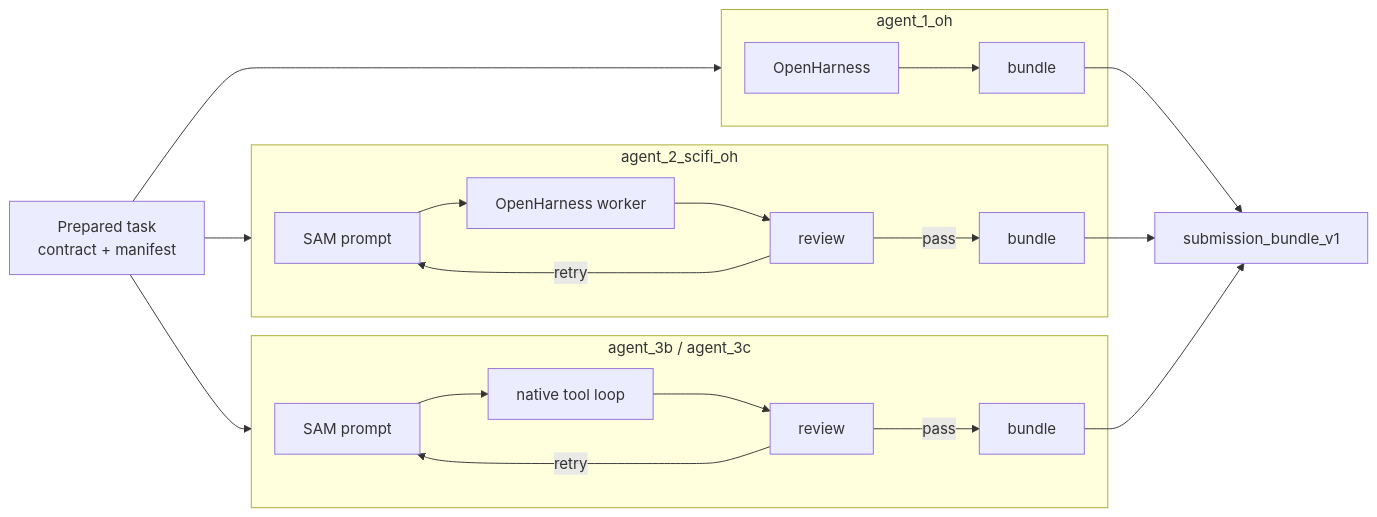
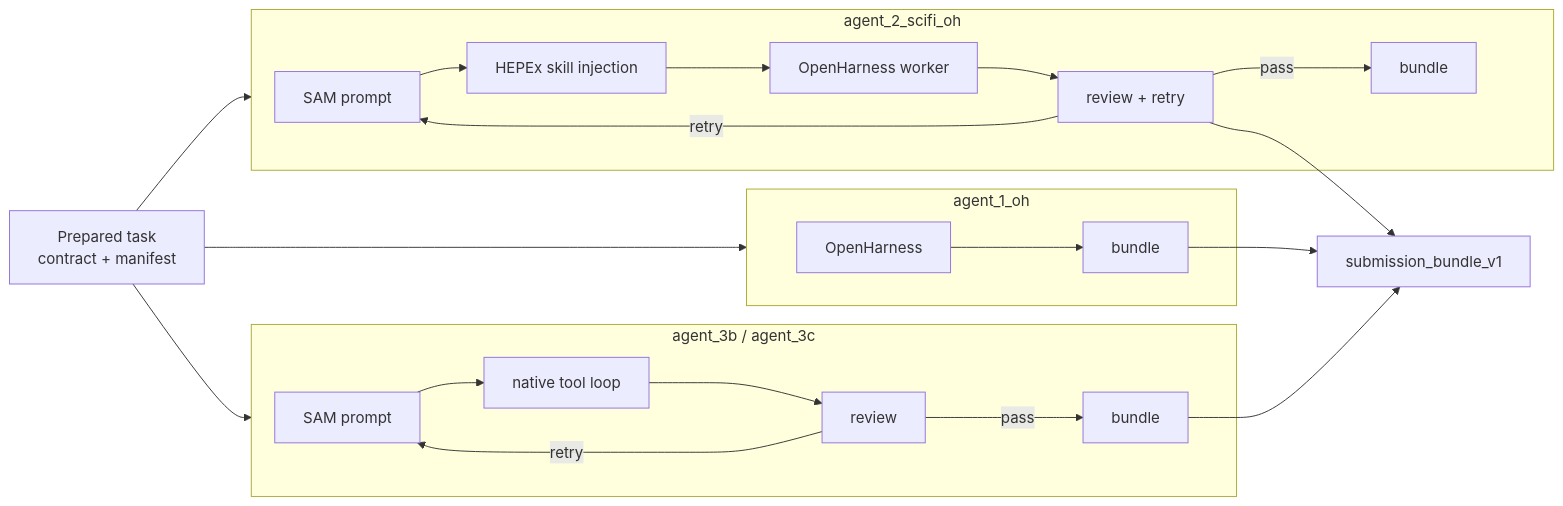
Before and after one commit to hrzhao76/hepex-analysisops-agents: the second of 2 diagrams in README.md, drawn with Mermaid.

Commit message:
readme: add skills

````diff
--- a/README.md
+++ b/README.md
@@ -29,27 +29,28 @@
 ```mermaid
 flowchart LR
   Q["Prepared task<br/>contract + manifest"] --> OH
   Q --> SOH
   Q --> NS
 
   subgraph OH["agent_1_oh"]
     OH1["OpenHarness"] --> OH2["bundle"]
   end
 
   subgraph SOH["agent_2_scifi_oh"]
-    S1["SAM prompt"] --> S2["OpenHarness worker"] --> S3["review"]
-    S3 -->|"retry"| S1
-    S3 -->|"pass"| S4["bundle"]
+    S1["SAM prompt"] --> S2["HEPEx skill injection"] --> S3["OpenHarness worker"]
+    S3 --> S4["review + retry"]
+    S4 -->|"pass"| S5["bundle"]
+    S4 -->|"retry"| S1
   end
 
   subgraph NS["agent_3b / agent_3c"]
     N1["SAM prompt"] --> N2["native tool loop"] --> N3["review"]
     N3 -->|"retry"| N1
     N3 -->|"pass"| N4["bundle"]
   end
 
   OH2 --> O["submission_bundle_v1"]
   S4 --> O
   N4 --> O
 
 ```
````
